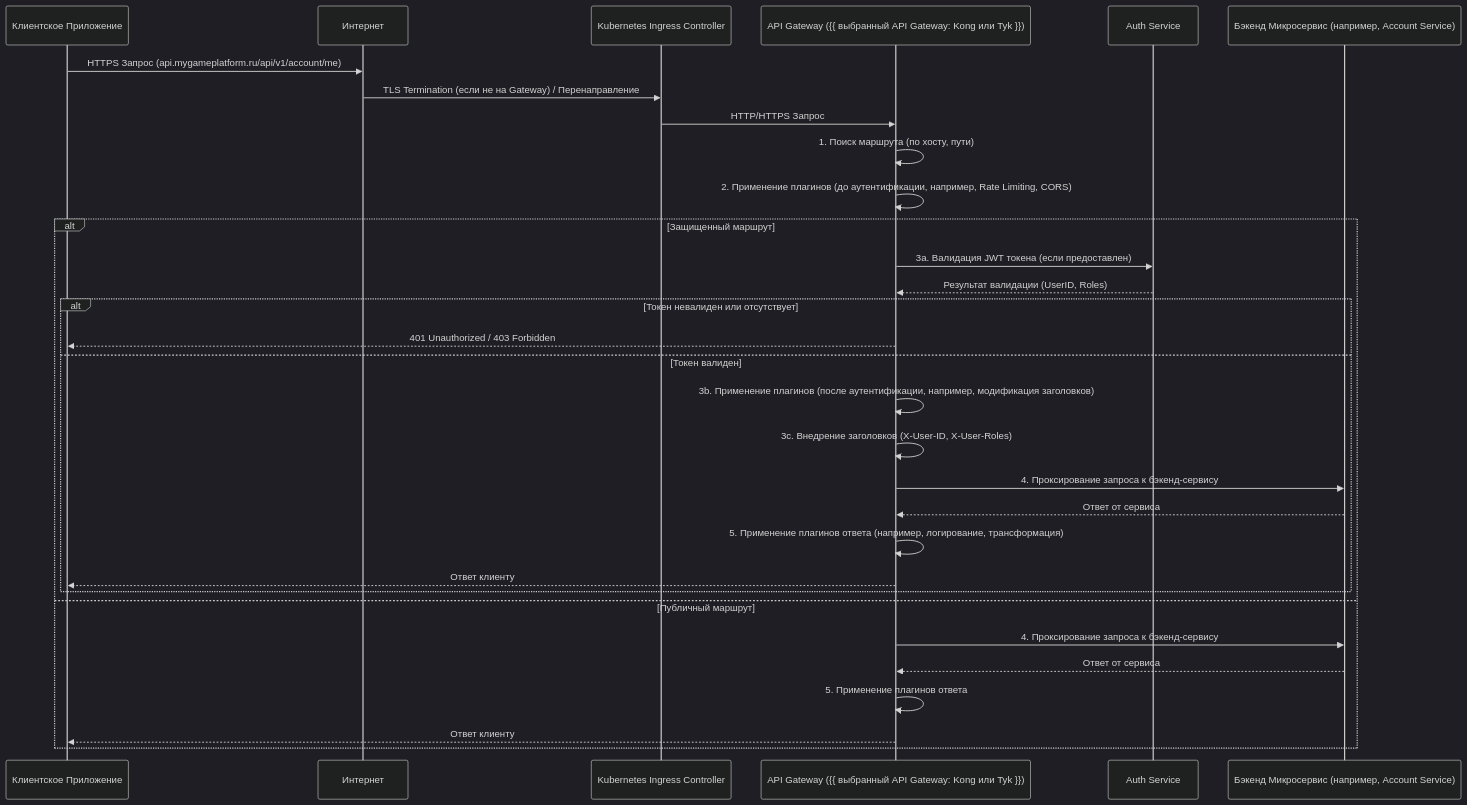
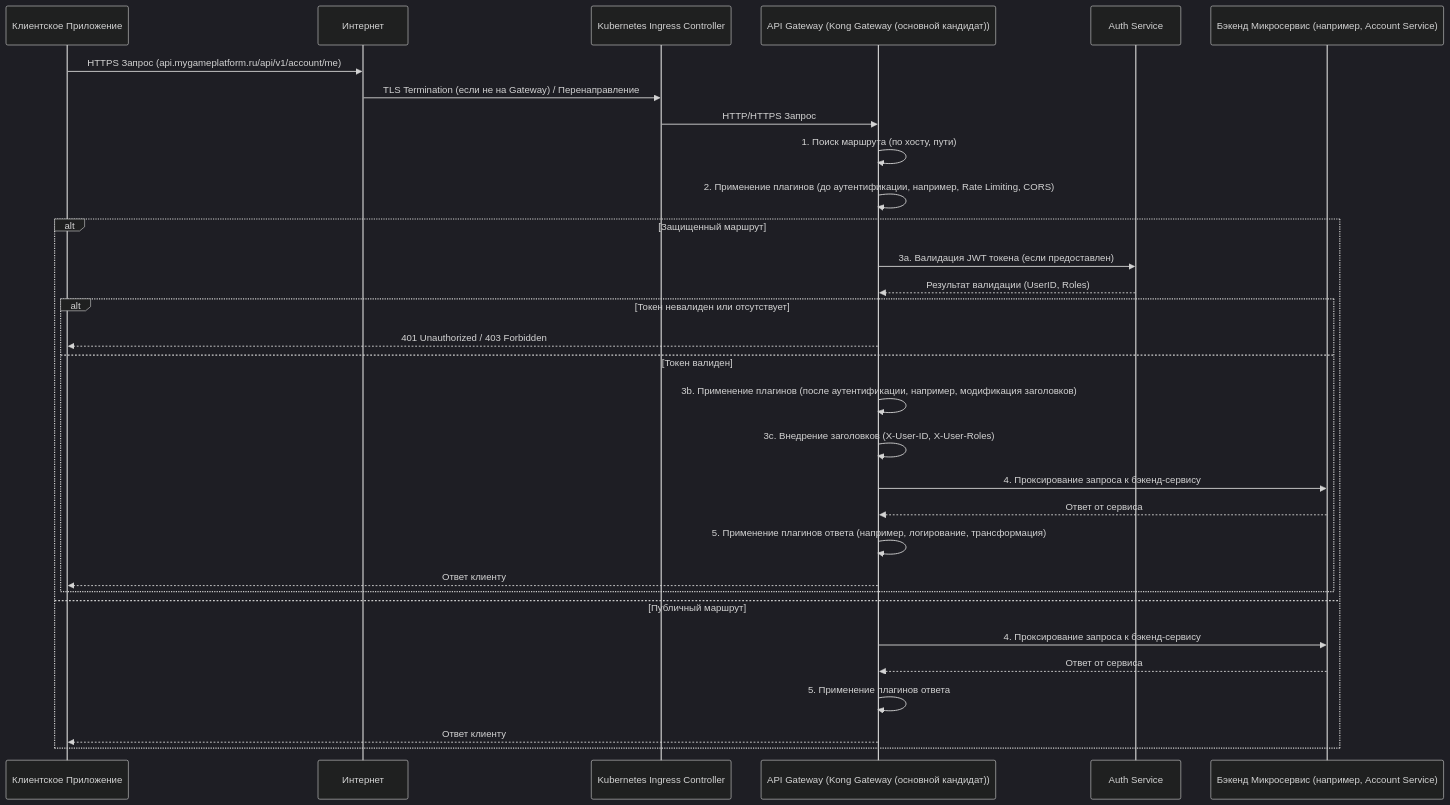
The first of 7 diagrams in backend/api-gateway/docs/README.md (wizarding-anonymous/platform), drawn with Mermaid (dark theme) before and after one commit. The commit also changed other lines of this file and 32 other files, not shown here.

````diff
--- a/backend/api-gateway/docs/README.md
+++ b/backend/api-gateway/docs/README.md
@@ -55,36 +55,36 @@
 ```mermaid
 sequenceDiagram
     participant Client as Клиентское Приложение
     participant Internet as Интернет
     participant IngressK8s as Kubernetes Ingress Controller
-    participant APIGW as API Gateway ({{ выбранный API Gateway: Kong или Tyk }})
+    participant APIGW as API Gateway (Kong Gateway (основной кандидат))
     participant AuthSvc as Auth Service
     participant BackendSvc as Бэкенд Микросервис (например, Account Service)
 
     Client->>Internet: HTTPS Запрос (api.mygameplatform.ru/api/v1/account/me)
     Internet->>IngressK8s: TLS Termination (если не на Gateway) / Перенаправление
     IngressK8s->>APIGW: HTTP/HTTPS Запрос
 
     APIGW->>APIGW: 1. Поиск маршрута (по хосту, пути)
     APIGW->>APIGW: 2. Применение плагинов (до аутентификации, например, Rate Limiting, CORS)
 
     alt Защищенный маршрут
         APIGW->>AuthSvc: 3a. Валидация JWT токена (если предоставлен)
         AuthSvc-->>APIGW: Результат валидации (UserID, Roles)
         alt Токен невалиден или отсутствует
             APIGW-->>Client: 401 Unauthorized / 403 Forbidden
         else Токен валиден
             APIGW->>APIGW: 3b. Применение плагинов (после аутентификации, например, модификация заголовков)
             APIGW->>APIGW: 3c. Внедрение заголовков (X-User-ID, X-User-Roles)
             APIGW->>BackendSvc: 4. Проксирование запроса к бэкенд-сервису
             BackendSvc-->>APIGW: Ответ от сервиса
             APIGW->>APIGW: 5. Применение плагинов ответа (например, логирование, трансформация)
             APIGW-->>Client: Ответ клиенту
         end
     else Публичный маршрут
         APIGW->>BackendSvc: 4. Проксирование запроса к бэкенд-сервису
         BackendSvc-->>APIGW: Ответ от сервиса
         APIGW->>APIGW: 5. Применение плагинов ответа
         APIGW-->>Client: Ответ клиенту
     end
 ```
````
